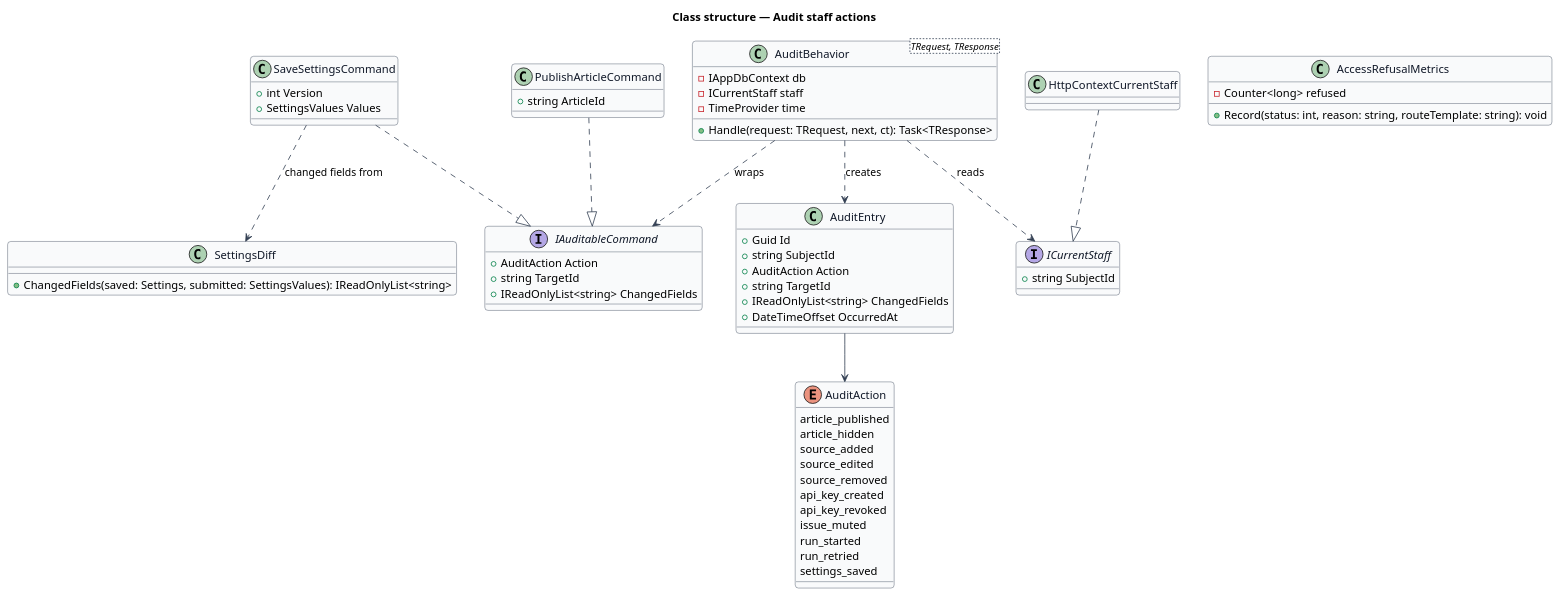
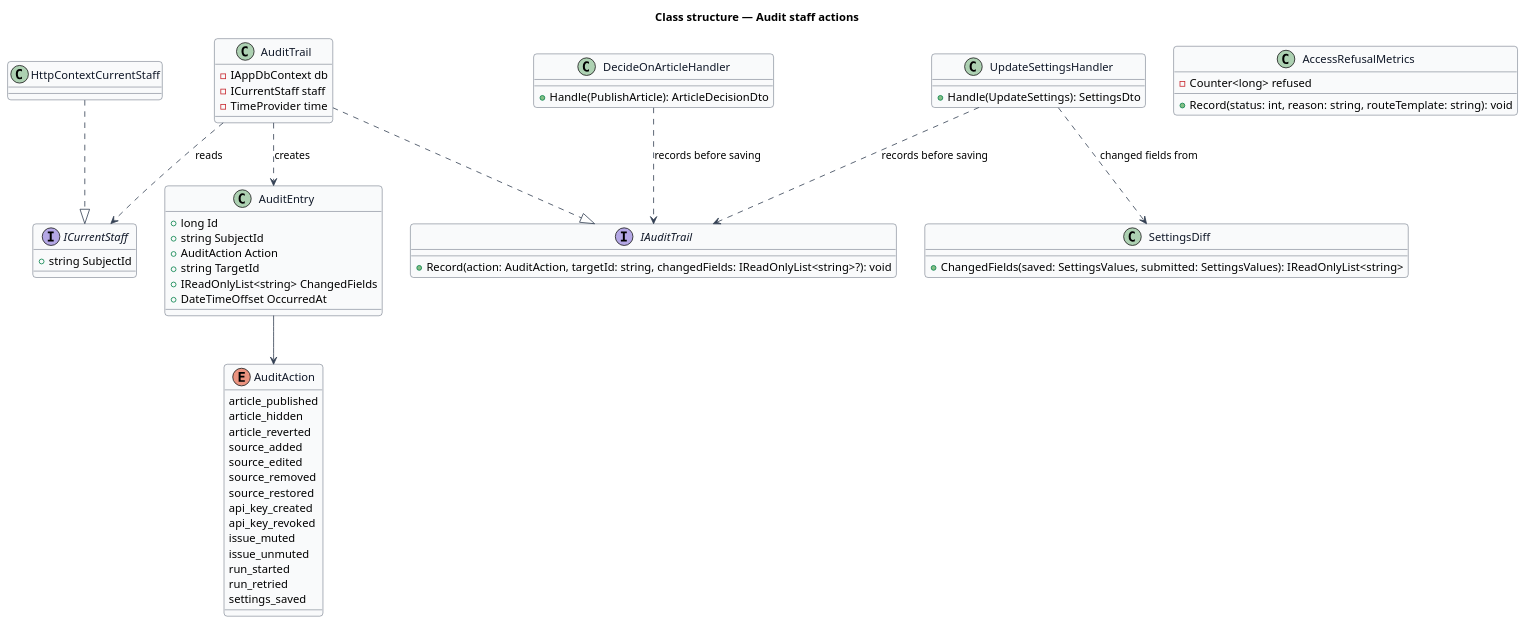
One commit to QuinntyneBrown/keryx changed the diagram in docs/detailed-designs/operations/audit-staff-actions/diagrams/class-structure.puml. Above: the diagram before and after it, drawn with PlantUML. The commit also changed 23 other files, not shown here.

First line of the commit message:
Audit staff decisions on articles

```diff
--- a/docs/detailed-designs/operations/audit-staff-actions/diagrams/class-structure.puml
+++ b/docs/detailed-designs/operations/audit-staff-actions/diagrams/class-structure.puml
@@ -1,75 +1,74 @@
 @startuml
 ' --- shared skin header ---
 skinparam backgroundColor #FFFFFF
 skinparam shadowing false
 skinparam roundcorner 8
 skinparam defaultFontName Arial
 skinparam ArrowColor #344054
 skinparam class {
   BorderColor #344054
   FontColor #101828
   BackgroundColor #F9FAFB
 }
 ' --------------------------
 title Class structure — Audit staff actions
 
-interface IAuditableCommand {
-  +AuditAction Action
-  +string TargetId
-  +IReadOnlyList<string> ChangedFields
+interface IAuditTrail {
+  +Record(action: AuditAction, targetId: string, changedFields: IReadOnlyList<string>?): void
 }
-class PublishArticleCommand {
-  +string ArticleId
-}
-class SaveSettingsCommand {
-  +int Version
-  +SettingsValues Values
-}
-class "AuditBehavior<TRequest, TResponse>" as AB {
+class AuditTrail {
   -IAppDbContext db
   -ICurrentStaff staff
   -TimeProvider time
-  +Handle(request: TRequest, next, ct): Task<TResponse>
+}
+class DecideOnArticleHandler {
+  +Handle(PublishArticle): ArticleDecisionDto
+}
+class UpdateSettingsHandler {
+  +Handle(UpdateSettings): SettingsDto
 }
 interface ICurrentStaff {
   +string SubjectId
 }
 class HttpContextCurrentStaff
 class AuditEntry {
-  +Guid Id
+  +long Id
   +string SubjectId
   +AuditAction Action
   +string TargetId
   +IReadOnlyList<string> ChangedFields
   +DateTimeOffset OccurredAt
 }
 enum AuditAction {
   article_published
   article_hidden
+  article_reverted
   source_added
   source_edited
   source_removed
+  source_restored
   api_key_created
   api_key_revoked
   issue_muted
+  issue_unmuted
   run_started
   run_retried
   settings_saved
 }
 class SettingsDiff {
-  +ChangedFields(saved: Settings, submitted: SettingsValues): IReadOnlyList<string>
+  +ChangedFields(saved: SettingsValues, submitted: SettingsValues): IReadOnlyList<string>
 }
 class AccessRefusalMetrics {
   -Counter<long> refused
   +Record(status: int, reason: string, routeTemplate: string): void
 }
 
-PublishArticleCommand ..|> IAuditableCommand
-SaveSettingsCommand ..|> IAuditableCommand
-AB ..> IAuditableCommand : wraps
-AB ..> ICurrentStaff : reads
-AB ..> AuditEntry : creates
+AuditTrail ..|> IAuditTrail
+DecideOnArticleHandler ..> IAuditTrail : records before saving
+UpdateSettingsHandler ..> IAuditTrail : records before saving
+AuditTrail ..> ICurrentStaff : reads
+AuditTrail ..> AuditEntry : creates
 AuditEntry --> AuditAction
 HttpContextCurrentStaff ..|> ICurrentStaff
-SaveSettingsCommand ..> SettingsDiff : changed fields from
+UpdateSettingsHandler ..> SettingsDiff : changed fields from
 @enduml
```
